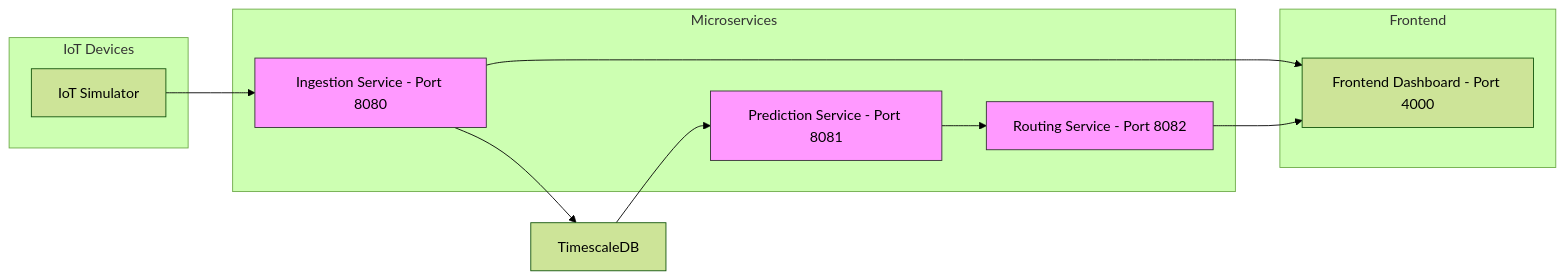
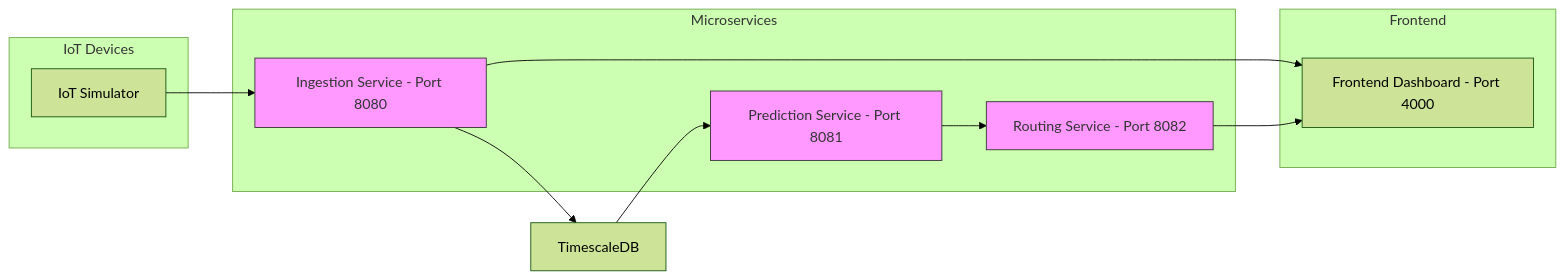
Before and after one commit to Jason-Ecole-IT/City-Flow-Analytics: the second of 3 diagrams in docs/architecture.md, drawn with Mermaid (forest theme). The commit also changed other lines of this file, not shown here.

````diff
--- a/docs/architecture.md
+++ b/docs/architecture.md
@@ -73,28 +73,28 @@
 ```mermaid
 flowchart LR
     subgraph SG_IoT ["IoT Devices"]
         IoT_Node["IoT Simulator"]
     end
 
     subgraph SG_Microservices ["Microservices"]
         Ingest["Ingestion Service - Port 8080"]
         Predict["Prediction Service - Port 8081"]
         Routing["Routing Service - Port 8082"]
     end
 
     subgraph SG_Frontend ["Frontend"]
         Frontend["Frontend Dashboard - Port 4000"]
     end
 
     DB_Node["TimescaleDB"]
 
     IoT_Node --> Ingest
     Ingest --> DB_Node
     Ingest --> Frontend
     DB_Node --> Predict
     Predict --> Routing
     Routing --> Frontend
 
-    classDef service fill:#f9f,stroke:#333,stroke-width:1px;
+    classDef service fill:#f9f,stroke:#333,stroke-width:1px,color:#333;
     class Ingest,Predict,Routing service;
 ```
````
